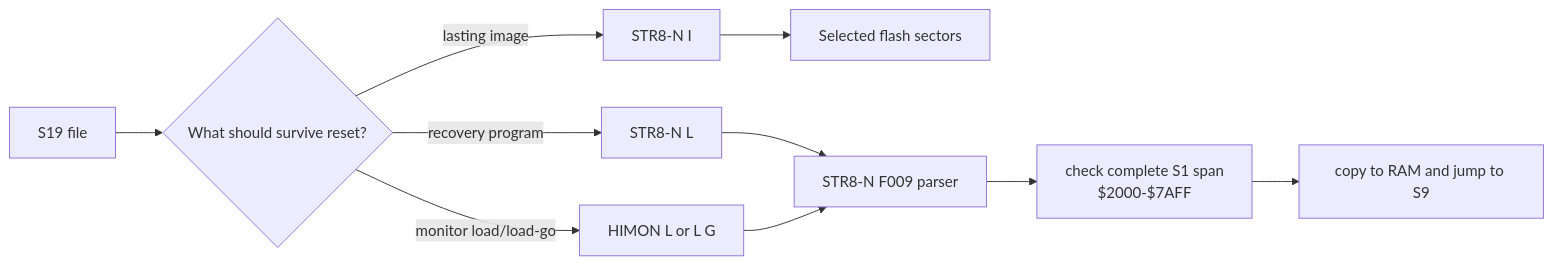
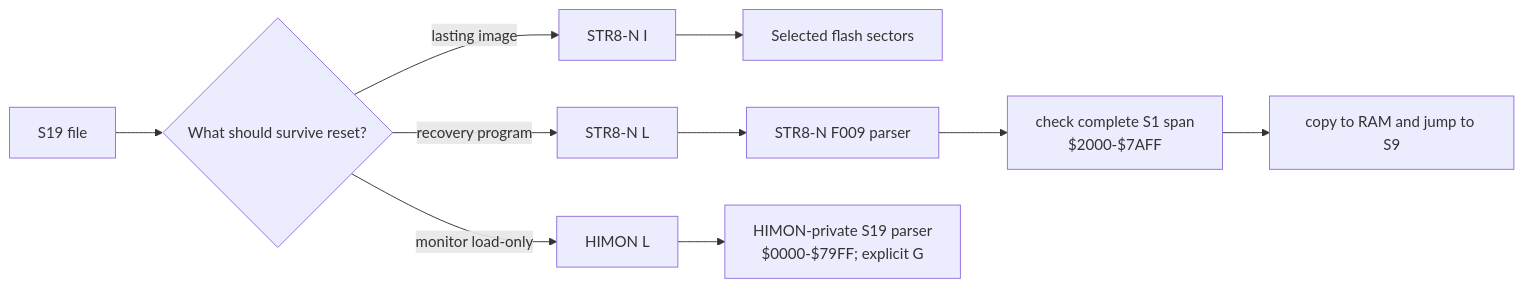
One commit to 95westus/STR8-N changed the seventh of 12 diagrams in docs/MAPS.md. Above: the diagram before and after it, drawn with Mermaid. The commit also changed other lines of this file and 5 other files, not shown here.

````diff
--- a/docs/MAPS.md
+++ b/docs/MAPS.md
@@ -204,12 +204,12 @@
 ```mermaid
 flowchart LR
     S19[S19 file] --> CHOICE{What should survive reset?}
     CHOICE -->|lasting image| I[STR8-N I]
     I --> FW[Selected flash sectors]
     CHOICE -->|recovery program| SL[STR8-N L]
     SL --> RP[STR8-N F009 parser]
     RP --> BOUND[check complete S1 span<br/>$2000-$7AFF]
     BOUND --> RM[copy to RAM and jump to S9]
-    CHOICE -->|monitor load/load-go| HL[HIMON L or L G]
-    HL --> RP
+    CHOICE -->|monitor load-only| HL[HIMON L]
+    HL --> HP[HIMON-private S19 parser<br/>$0000-$79FF; explicit G]
 ```
````
